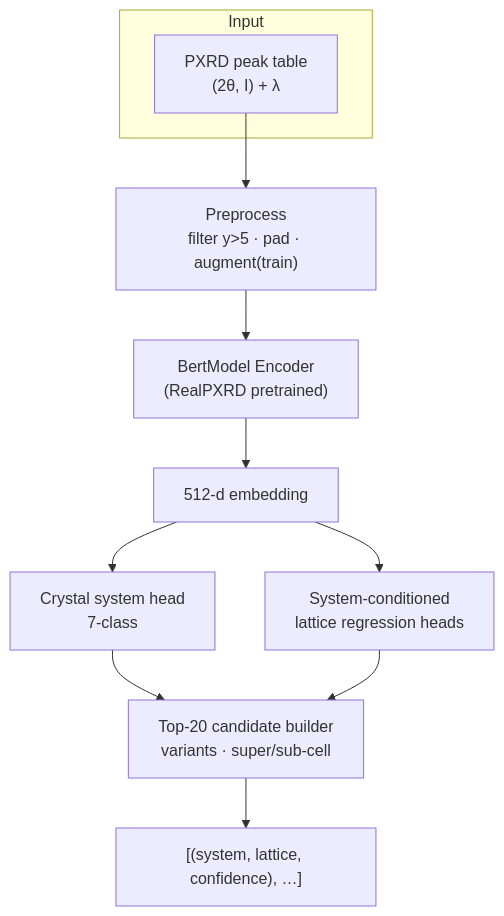
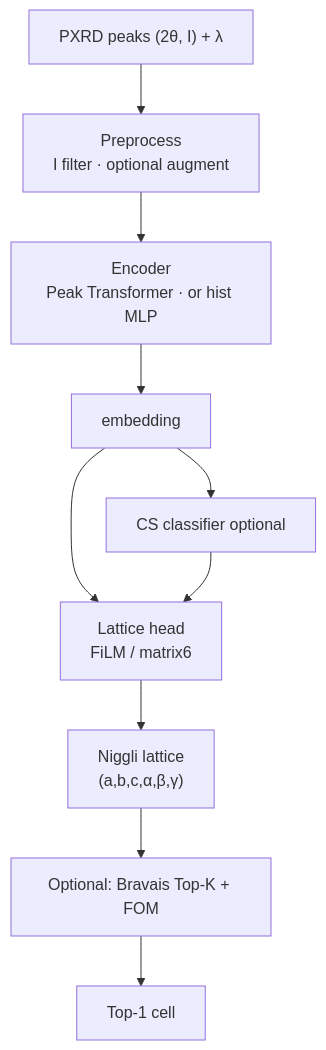
The diagram in README.md (BaikelWang/pxrd-cell-indexer), drawn with Mermaid before and after one commit. The commit also changed other lines of this file and 304 other files, not shown here.

First line of the commit message:
Advance indexing stack through M2–M4 and A2 Peak Transformer.

````diff
--- a/README.md
+++ b/README.md
@@ -25,17 +45,12 @@
 ```mermaid
 flowchart TD
-    subgraph Input
-        P["PXRD peak table<br/>(2θ, I) + λ"]
-    end
-
-    P --> F["Preprocess<br/>filter y>5 · pad · augment(train)"]
-    F --> E["BertModel Encoder<br/>(RealPXRD pretrained)"]
-    E --> V["512-d embedding"]
-
-    V --> C["Crystal system head<br/>7-class"]
-    V --> R["System-conditioned<br/>lattice regression heads"]
-
-    C --> K["Top-20 candidate builder<br/>variants · super/sub-cell"]
-    R --> K
-    K --> O["[(system, lattice, confidence), …]"]
+    P["PXRD peaks (2θ, I) + λ"] --> F["Preprocess<br/>I filter · optional augment"]
+    F --> E["Encoder<br/>Peak Transformer · or hist MLP"]
+    E --> V["embedding"]
+    V --> C["CS classifier optional"]
+    V --> H["Lattice head<br/>FiLM / matrix6"]
+    C --> H
+    H --> L["Niggli lattice<br/>(a,b,c,α,β,γ)"]
+    L --> K["Optional: Bravais Top-K + FOM"]
+    K --> O["Top-1 cell"]
 ```
````
